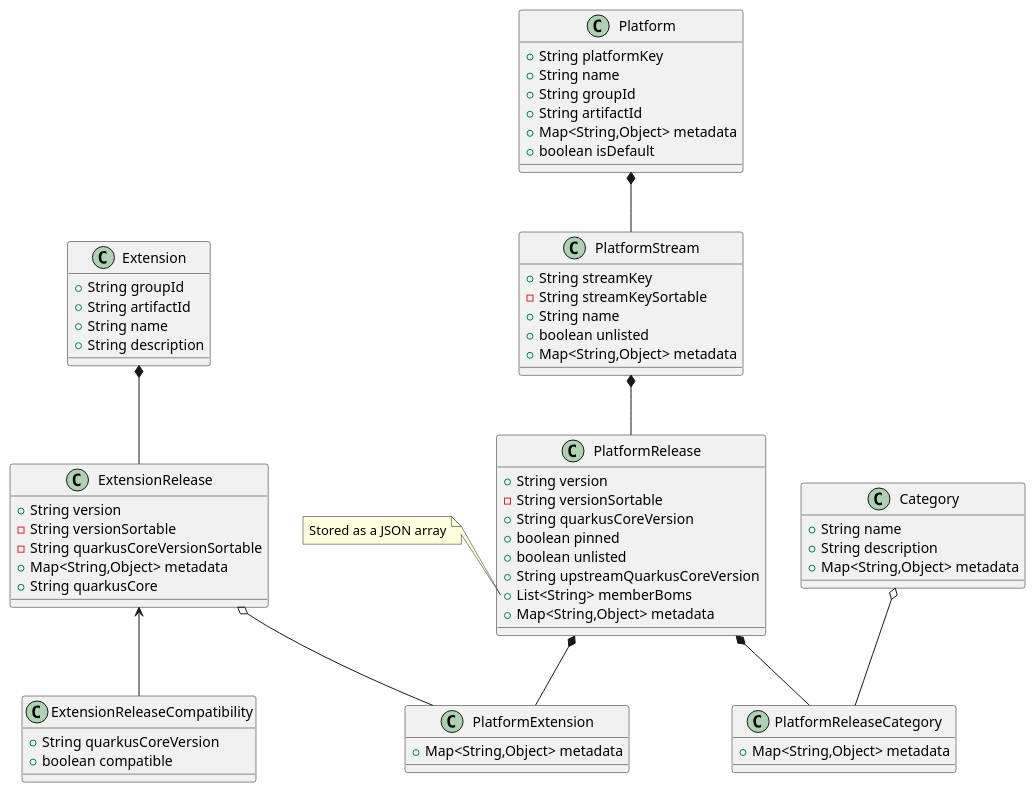
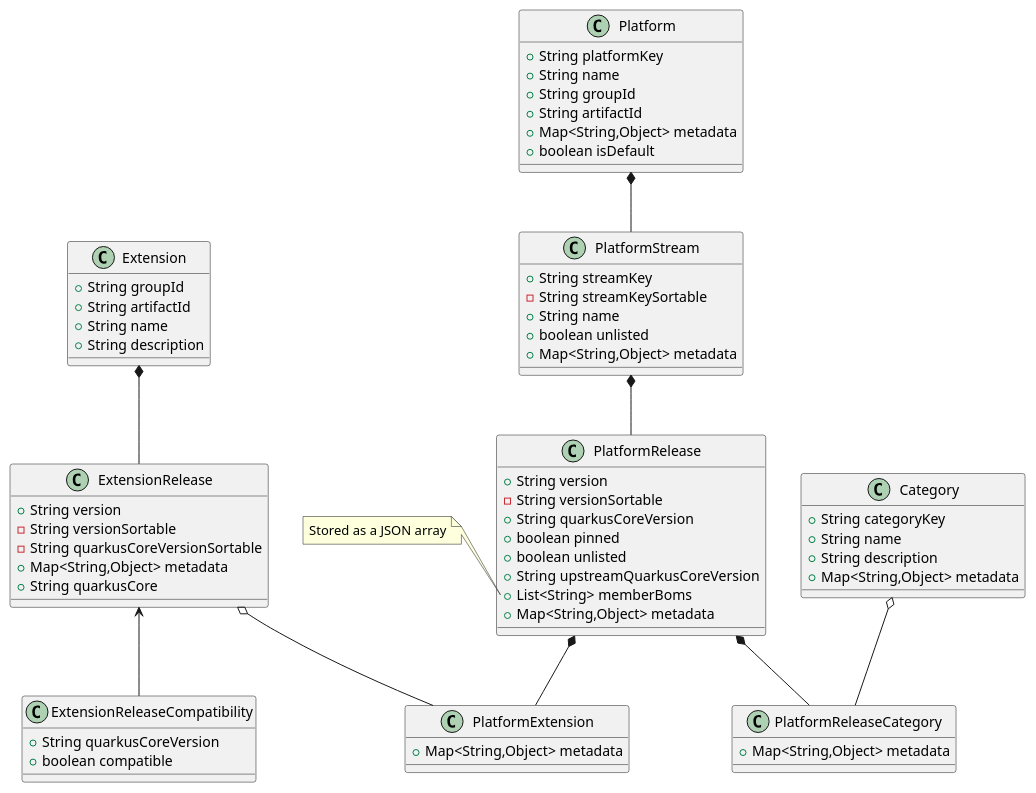
One commit to jmartisk/registry.quarkus.io changed the diagram in docs/model.puml. Above: the diagram before and after it, drawn with PlantUML. The commit also changed 11 other files, not shown here.

First line of the commit message:
Introduce category key

```diff
--- a/docs/model.puml
+++ b/docs/model.puml
@@ -1,78 +1,79 @@
 @startuml
 class Platform {
   + String platformKey
   + String name
   + String groupId
   + String artifactId
   + Map<String,Object> metadata
   + boolean isDefault
 }
 
 class PlatformStream {
   + String streamKey
   - String streamKeySortable
   + String name
   + boolean unlisted
   + Map<String,Object> metadata
 }
 
 class PlatformRelease {
   + String version
   - String versionSortable
   + String quarkusCoreVersion
   + boolean pinned
   + boolean unlisted
   + String upstreamQuarkusCoreVersion
   + List<String> memberBoms
   + Map<String,Object> metadata
 }
 
 class PlatformExtension {
   + Map<String,Object> metadata
 }
 
 class PlatformReleaseCategory {
   + Map<String,Object> metadata
 }
 
 class Extension {
   + String groupId
   + String artifactId
   + String name
   + String description
 }
 
 class ExtensionRelease {
   + String version
   - String versionSortable
   - String quarkusCoreVersionSortable
   + Map<String,Object> metadata
   + String quarkusCore
 }
 
 class Category {
+  + String categoryKey
   + String name
   + String description
   + Map<String,Object> metadata
 }
 
 class ExtensionReleaseCompatibility {
   + String quarkusCoreVersion
   + boolean compatible
 }
 
 note left of PlatformRelease::memberBoms
   Stored as a JSON array
 end note
 
 Category o-- PlatformReleaseCategory
 
 Platform                *-- PlatformStream
 PlatformStream          *-- PlatformRelease
 PlatformRelease         *-- PlatformExtension
 PlatformRelease         *-- PlatformReleaseCategory
 
 Extension        *-- ExtensionRelease
 ExtensionRelease o-- PlatformExtension
 ExtensionRelease <-- ExtensionReleaseCompatibility
 @enduml
```
